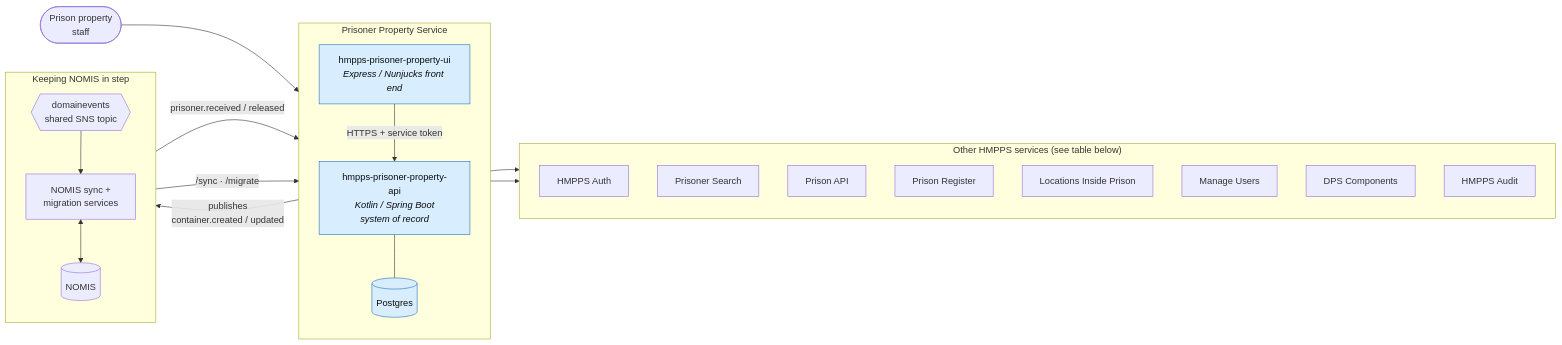
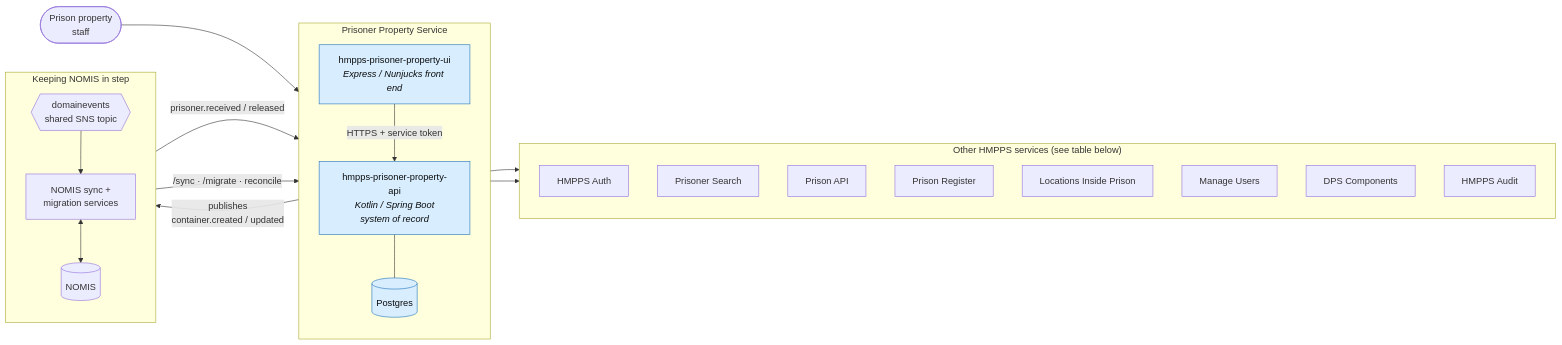
Before and after one commit to ministryofjustice/hmpps-prisoner-property-api: the first of 6 diagrams in docs/architecture.md, drawn with Mermaid. The commit also changed other lines of this file and 7 other files, not shown here.

````diff
--- a/docs/architecture.md
+++ b/docs/architecture.md
@@ -23,44 +24,44 @@
 ```mermaid
 flowchart LR
     staff(["Prison property<br/>staff"])
 
     subgraph svc["Prisoner Property Service"]
         direction TB
         ui["hmpps-prisoner-property-ui<br/><i>Express / Nunjucks front end</i>"]
         api["hmpps-prisoner-property-api<br/><i>Kotlin / Spring Boot<br/>system of record</i>"]
         db[("Postgres")]
         ui -- "HTTPS + service token" --> api
         api --- db
     end
 
     subgraph deps["Other HMPPS services (see table below)"]
         direction TB
         auth["HMPPS Auth"]
         search["Prisoner Search"]
         prisonapi["Prison API"]
         register["Prison Register"]
         locations["Locations Inside Prison"]
         users["Manage Users"]
         components["DPS Components"]
         audit["HMPPS Audit"]
     end
 
     subgraph nomisside["Keeping NOMIS in step"]
         direction TB
         events{{"domainevents<br/>shared SNS topic"}}
         nomissync["NOMIS sync +<br/>migration services"]
         nomis[("NOMIS")]
         nomissync <--> nomis
     end
 
     staff --> ui
     ui --> deps
     api --> deps
     api -- "publishes<br/>container.created / updated" --> events
     events -- "prisoner.received / released" --> api
     events --> nomissync
-    nomissync -- "/sync · /migrate" --> api
+    nomissync -- "/sync · /migrate · reconcile" --> api
 
     classDef mine fill:#d8eeff,stroke:#1d70b8,color:#0b0c0c
     class ui,api,db mine
 ```
````
